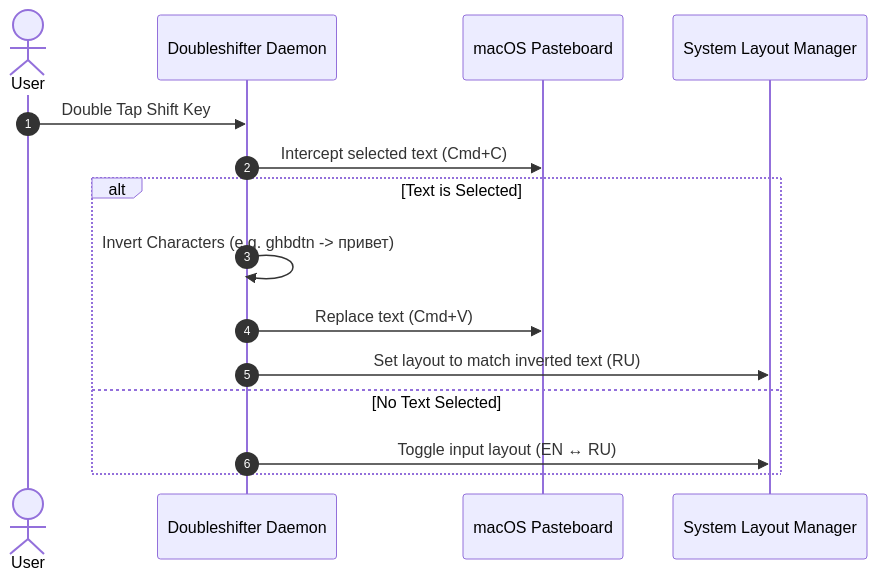
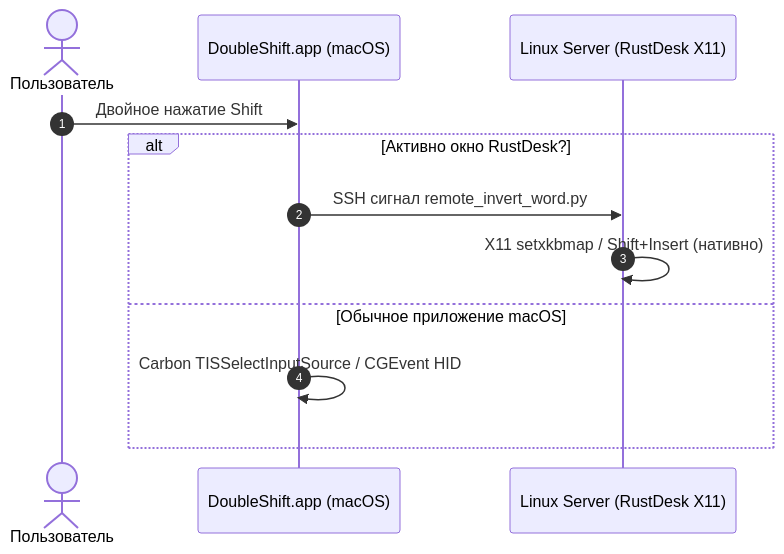
Before and after one commit to Arkadius0292/Doubleshifter: the diagram in README.md, drawn with Mermaid. The commit also changed other lines of this file and 1 other file, not shown here.

Commit message:
docs & server: v4.0.0 add server/remote_invert_word.py script and update README.md

````diff
--- a/README.md
+++ b/README.md
@@ -25,18 +25,15 @@
 ```mermaid
 sequenceDiagram
     autonumber
-    actor User
-    participant Switcher as Doubleshifter Daemon
-    participant Clipboard as macOS Pasteboard
-    participant System as System Layout Manager
+    actor User as Пользователь
+    participant Mac as DoubleShift.app (macOS)
+    participant Server as Linux Server (RustDesk X11)
 
-    User->>Switcher: Double Tap Shift Key
-    Switcher->>Clipboard: Intercept selected text (Cmd+C)
-    alt Text is Selected
-        Switcher->>Switcher: Invert Characters (e.g. ghbdtn -> привет)
-        Switcher->>Clipboard: Replace text (Cmd+V)
-        Switcher->>System: Set layout to match inverted text (RU)
-    else No Text Selected
-        Switcher->>System: Toggle input layout (EN ↔ RU)
+    User->>Mac: Двойное нажатие Shift
+    alt Активно окно RustDesk?
+        Mac->>Server: SSH сигнал remote_invert_word.py
+        Server->>Server: X11 setxkbmap / Shift+Insert (нативно)
+    else Обычное приложение macOS
+        Mac->>Mac: Carbon TISSelectInputSource / CGEvent HID
     end
 ```
````
